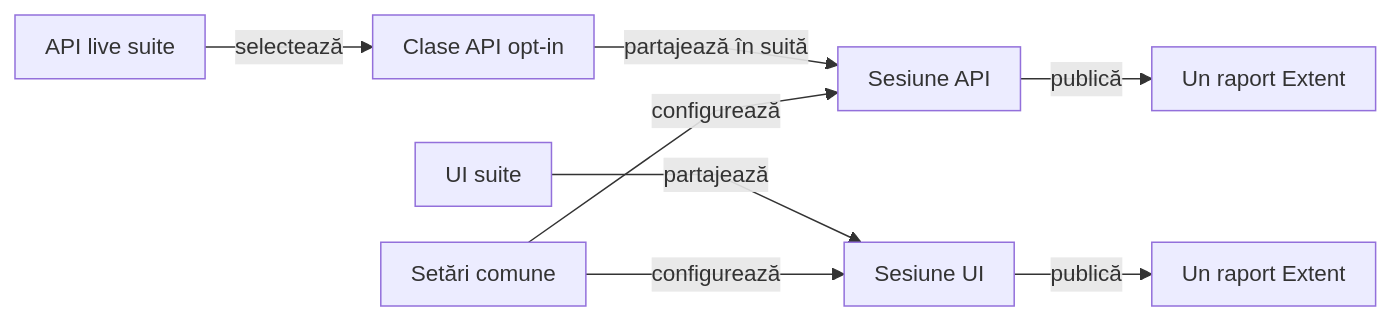
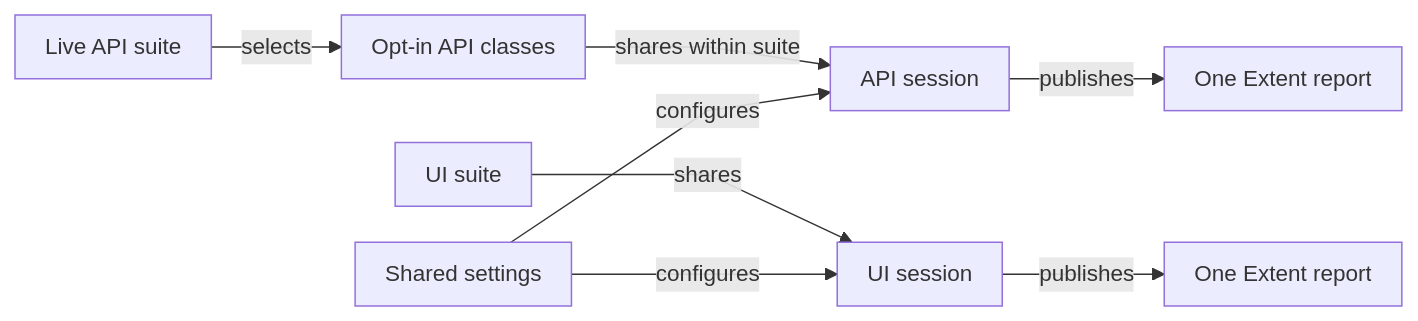
The ninth of 14 diagrams in atf-test-auto-ex/README.md (crististefanita/atf_j0), drawn with Mermaid before and after one commit. The commit also changed other lines of this file and 113 other files, not shown here.

````diff
--- a/atf-test-auto-ex/README.md
+++ b/atf-test-auto-ex/README.md
@@ -1134,11 +1193,11 @@
 ```mermaid
 %%{init: {"themeVariables":{"fontSize":"15px"},"themeCSS":".nodeLabel, .nodeLabel p { font-size: 15px !important; line-height: 1.35 !important; } .edgeLabel, .edgeLabel p { font-size: 12px !important; font-weight: 400 !important; line-height: 1.2 !important; } .edgeLabel .labelBkg, .edgeLabel p { background: transparent !important; } .edgeLabel foreignObject { transform: translateY(-28px); overflow: visible; } .node rect { rx: 6px; ry: 6px; } .edgeLabel [data-id=\"L_UI_UISession_0\"] foreignObject { transform: translate(24px, -18px); } .edgeLabel [data-id=\"L_Config_UISession_0\"] foreignObject { transform: translate(0px, -18px); } .edgeLabel [data-id=\"L_Config_ApiSession_0\"] foreignObject { transform: translate(0px, -18px); }","flowchart":{"curve":"linear","nodeSpacing":24,"rankSpacing":40,"padding":10,"diagramPadding":24}}}%%
 flowchart LR
-    UI[UI suite] -->|partajează| UISession[Sesiune UI]
-    UISession -->|publică| UIReport[Un raport Extent]
-    API[API live suite] -->|selectează| Classes[Clase API opt-in]
-    Classes -->|partajează în suită| ApiSession[Sesiune API]
-    ApiSession -->|publică| ApiReports[Un raport Extent]
-    Config[Setări comune] -->|configurează| UISession
-    Config -->|configurează| ApiSession
+    UI[UI suite] -->|shares| UISession[UI session]
+    UISession -->|publishes| UIReport[One Extent report]
+    API[Live API suite] -->|selects| Classes[Opt-in API classes]
+    Classes -->|shares within suite| ApiSession[API session]
+    ApiSession -->|publishes| ApiReports[One Extent report]
+    Config[Shared settings] -->|configures| UISession
+    Config -->|configures| ApiSession
 ```
````
